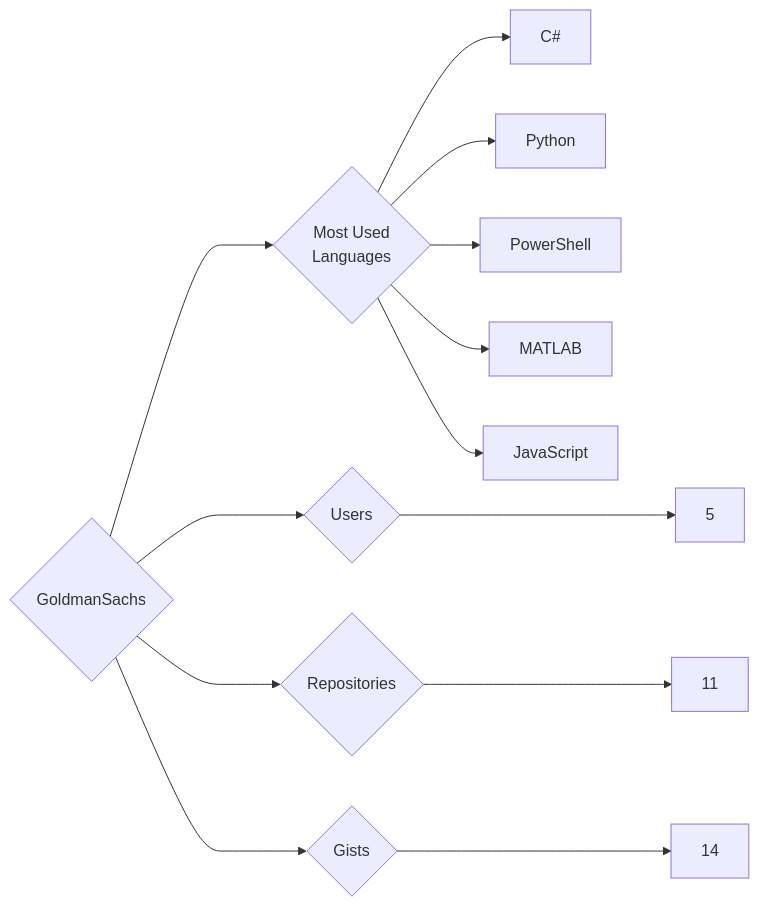
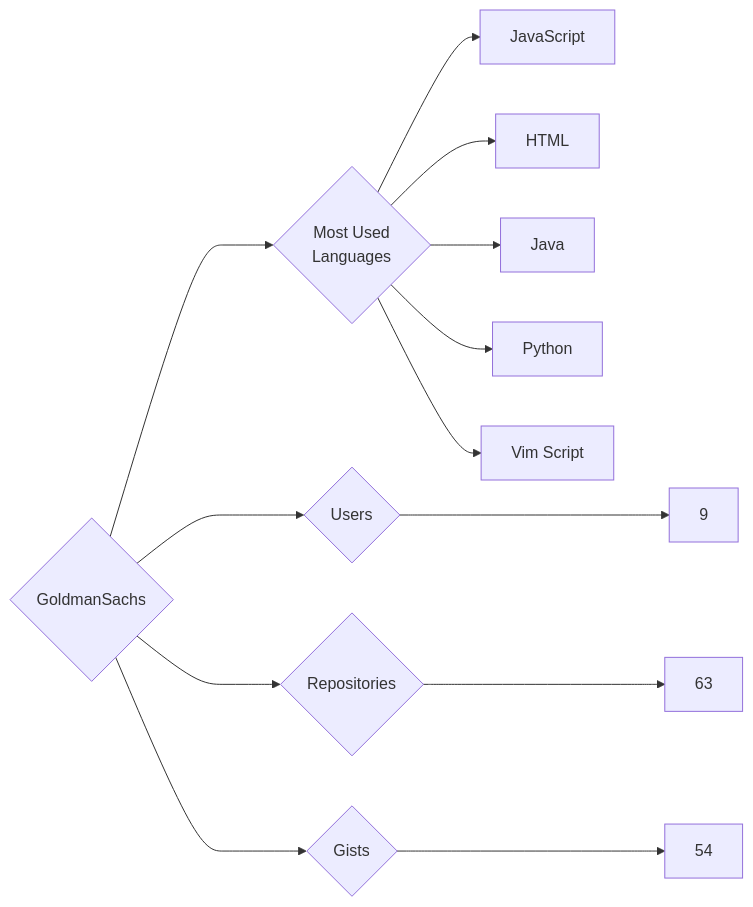
One commit to trickest/insiders changed the diagram in targets/GoldmanSachs/README.md. Above: the diagram before and after it, drawn with Mermaid. The commit also changed 1175 other files, not shown here.

````diff
--- a/targets/GoldmanSachs/README.md
+++ b/targets/GoldmanSachs/README.md
@@ -3,13 +3,13 @@
 ```mermaid
 graph LR
 COMPANY_NAME{GoldmanSachs}
-COMPANY_NAME ---> U{Users} ---> UN[5]
-COMPANY_NAME ---> R{Repositories} ---> RN[11]
-COMPANY_NAME ---> G{Gists} ---> GN[14]
+COMPANY_NAME ---> U{Users} ---> UN[9]
+COMPANY_NAME ---> R{Repositories} ---> RN[63]
+COMPANY_NAME ---> G{Gists} ---> GN[54]
 COMPANY_NAME ---> ML{Most Used<br>Languages}
-ML --> C#[C#]
+ML --> JavaScript[JavaScript]
+ML --> HTML[HTML]
+ML --> Java[Java]
 ML --> Python[Python]
-ML --> PowerShell[PowerShell]
-ML --> MATLAB[MATLAB]
-ML --> JavaScript[JavaScript]
+ML --> Vim_Script[Vim Script]
 ```
````
